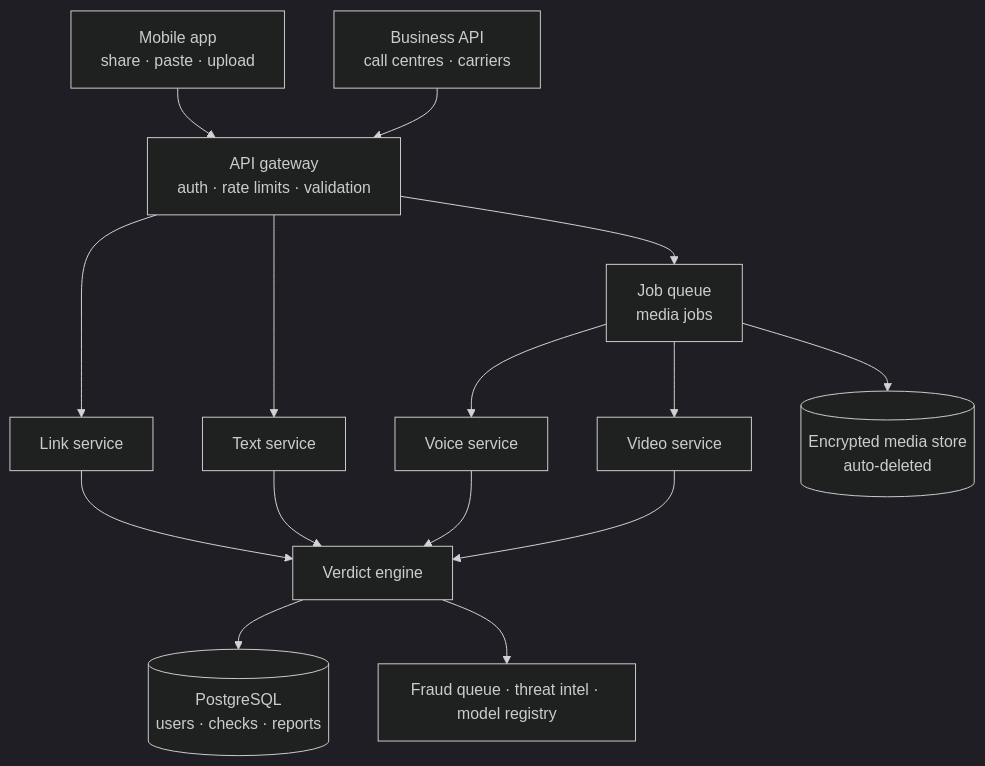
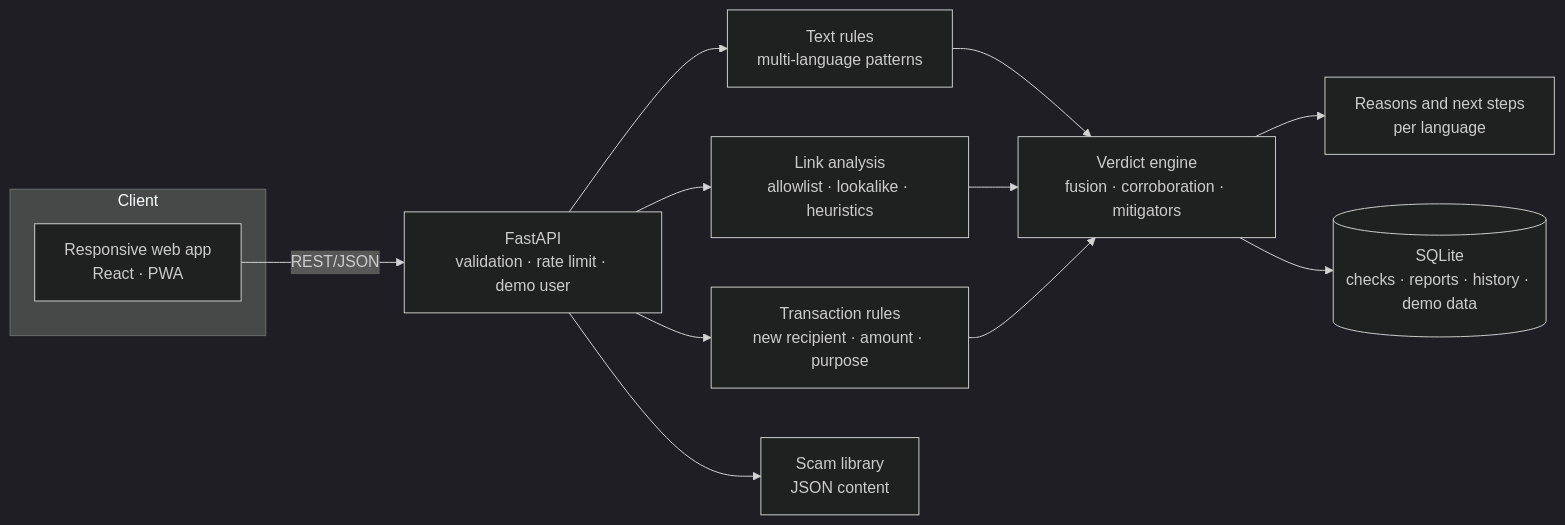
One commit to Mapaseka-Moloi/Ntiyiso changed the diagram in README.md. Above: the diagram before and after it, drawn with Mermaid (dark theme). The commit also changed other lines of this file, not shown here.

````diff
--- a/README.md
+++ b/README.md
@@ -97,17 +117,16 @@
 ```mermaid
-flowchart TD
-    A[Mobile app<br/>share · paste · upload] --> G[API gateway<br/>auth · rate limits · validation]
-    B[Business API<br/>call centres · carriers] --> G
-    G --> Q[Job queue<br/>media jobs]
-    G --> L[Link service]
-    G --> T[Text service]
-    Q --> V[Voice service]
-    Q --> W[Video service]
-    L --> E[Verdict engine]
-    T --> E
-    V --> E
-    W --> E
-    E --> DB[(PostgreSQL<br/>users · checks · reports)]
-    Q --> M[(Encrypted media store<br/>auto-deleted)]
-    E --> F[Fraud queue · threat intel · model registry]
+flowchart LR
+    subgraph Client
+      W[Responsive web app<br/>React · PWA]
+    end
+    W -- REST/JSON --> API[FastAPI<br/>validation · rate limit · demo user]
+    API --> TXT[Text rules<br/>multi-language patterns]
+    API --> LNK[Link analysis<br/>allowlist · lookalike · heuristics]
+    API --> TRX[Transaction rules<br/>new recipient · amount · purpose]
+    TXT --> VE[Verdict engine<br/>fusion · corroboration · mitigators]
+    LNK --> VE
+    TRX --> VE
+    VE --> R[Reasons and next steps<br/>per language]
+    VE --> DB[(SQLite<br/>checks · reports · history · demo data)]
+    API --> LIB[Scam library<br/>JSON content]
 ```
````
